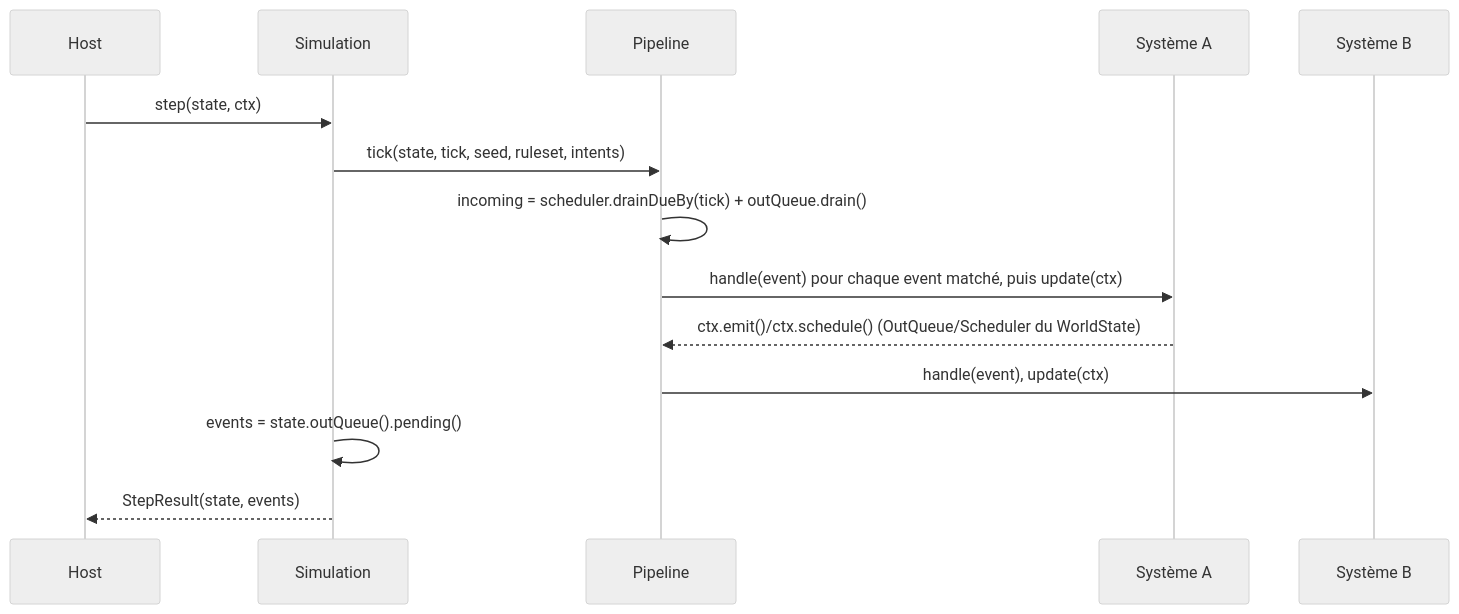
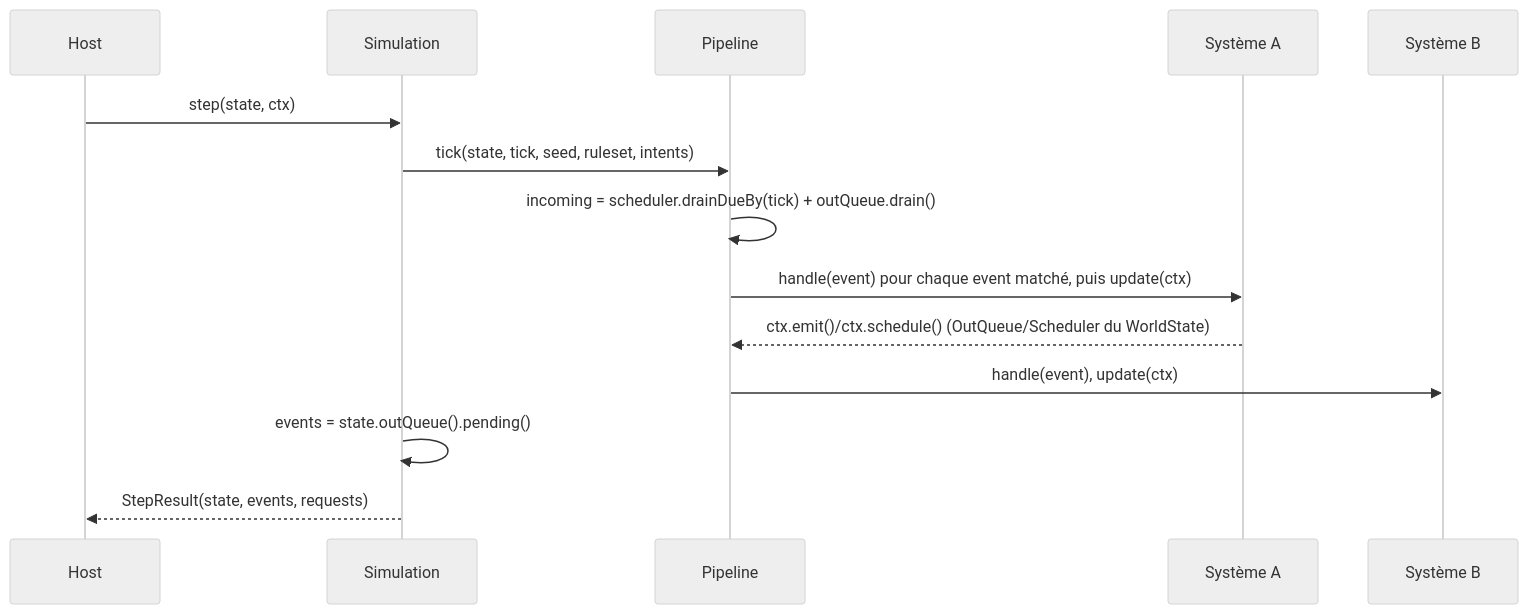
Before and after one commit to mattyeux91/flair: the first of 2 diagrams in packages/kernel/README.md, drawn with Mermaid (neutral theme). The commit also changed other lines of this file and 36 other files, not shown here.

````diff
--- a/packages/kernel/README.md
+++ b/packages/kernel/README.md
@@ -104,17 +105,17 @@
 ```mermaid
 sequenceDiagram
     participant Host
     participant Simulation
     participant Pipeline
     participant SystemA as Système A
     participant SystemB as Système B
 
     Host->>Simulation: step(state, ctx)
     Simulation->>Pipeline: tick(state, tick, seed, ruleset, intents)
     Pipeline->>Pipeline: incoming = scheduler.drainDueBy(tick) + outQueue.drain()
     Pipeline->>SystemA: handle(event) pour chaque event matché, puis update(ctx)
     SystemA-->>Pipeline: ctx.emit()/ctx.schedule() (OutQueue/Scheduler du WorldState)
     Pipeline->>SystemB: handle(event), update(ctx)
     Simulation->>Simulation: events = state.outQueue().pending()
-    Simulation-->>Host: StepResult(state, events)
+    Simulation-->>Host: StepResult(state, events, requests)
 ```
````
